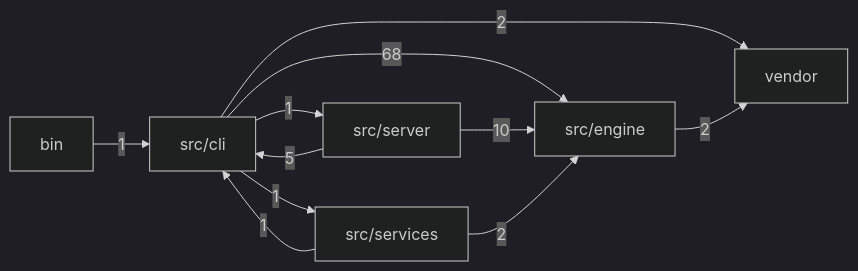
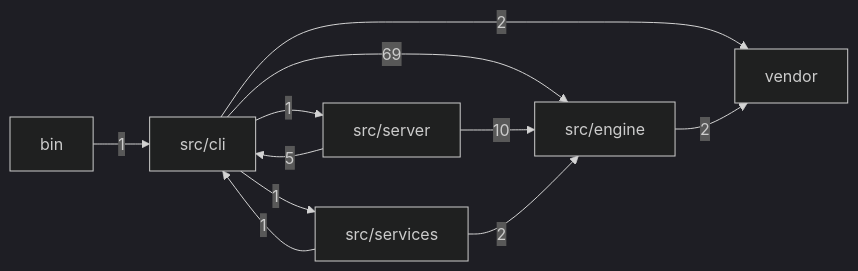
Before and after one commit to mgillr/memev: the first of 2 diagrams in docs/MODULES.md, drawn with Mermaid (dark theme). The commit also changed other lines of this file, not shown here.

````diff
--- a/docs/MODULES.md
+++ b/docs/MODULES.md
@@ -11,19 +11,19 @@
 ```mermaid
 flowchart LR
   bin["bin"]
   cli["src/cli"]
   engine["src/engine"]
   server["src/server"]
   services["src/services"]
   vendor["vendor"]
   bin -->|"1"| cli
-  cli -->|"68"| engine
+  cli -->|"69"| engine
   cli -->|"1"| server
   cli -->|"1"| services
   cli -->|"2"| vendor
   engine -->|"2"| vendor
   server -->|"5"| cli
   server -->|"10"| engine
   services -->|"1"| cli
   services -->|"2"| engine
 ```
````
